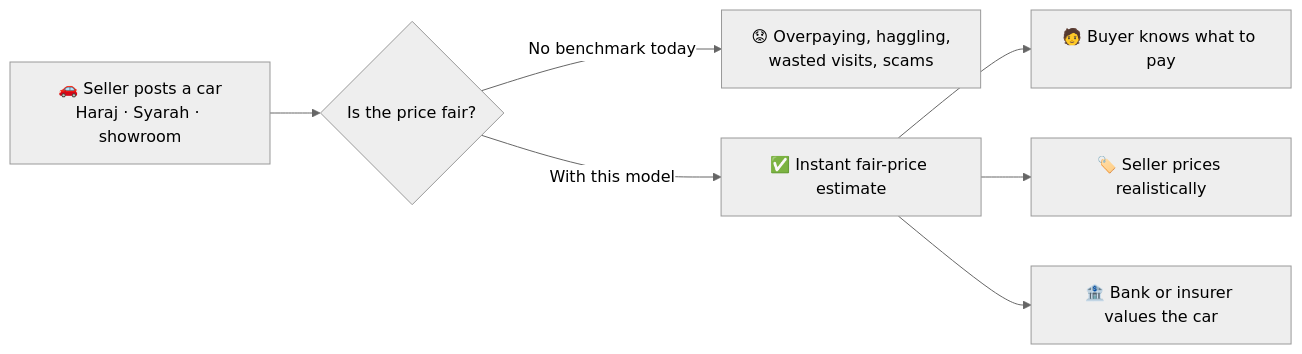
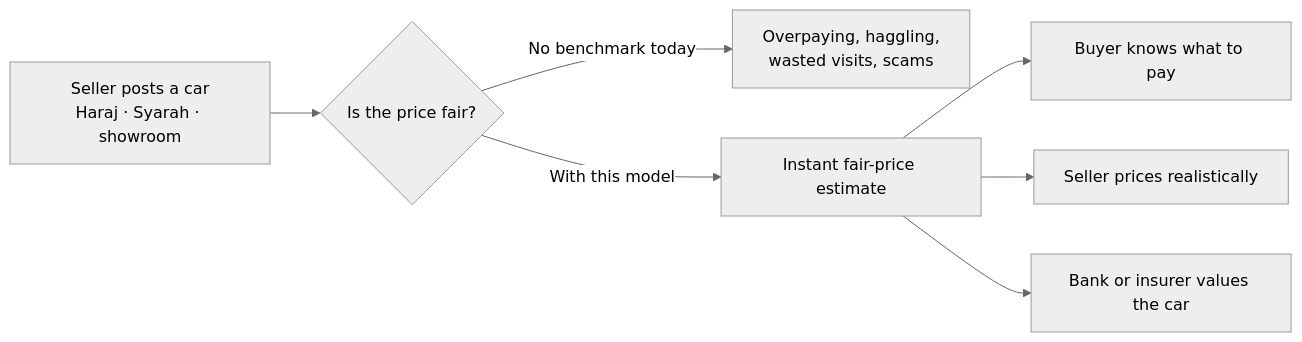
One commit to almanea00/saudi-used-car-price-prediction changed the first of 3 diagrams in README.md. Above: the diagram before and after it, drawn with Mermaid (neutral theme). The commit also changed other lines of this file, not shown here.

Commit message:
Remove emoji icons from diagrams

````diff
--- a/README.md
+++ b/README.md
@@ -32,9 +32,9 @@
 ```mermaid
 flowchart LR
-    A["🚗 Seller posts a car<br/>Haraj · Syarah · showroom"] --> B{"Is the price fair?"}
-    B -- "No benchmark today" --> C["😟 Overpaying, haggling,<br/>wasted visits, scams"]
-    B -- "With this model" --> D["✅ Instant fair-price estimate"]
-    D --> E["🧑 Buyer knows what to pay"]
-    D --> F["🏷️ Seller prices realistically"]
-    D --> G["🏦 Bank or insurer values the car"]
+    A["Seller posts a car<br/>Haraj · Syarah · showroom"] --> B{"Is the price fair?"}
+    B -- "No benchmark today" --> C["Overpaying, haggling,<br/>wasted visits, scams"]
+    B -- "With this model" --> D["Instant fair-price estimate"]
+    D --> E["Buyer knows what to pay"]
+    D --> F["Seller prices realistically"]
+    D --> G["Bank or insurer values the car"]
 ```
````
